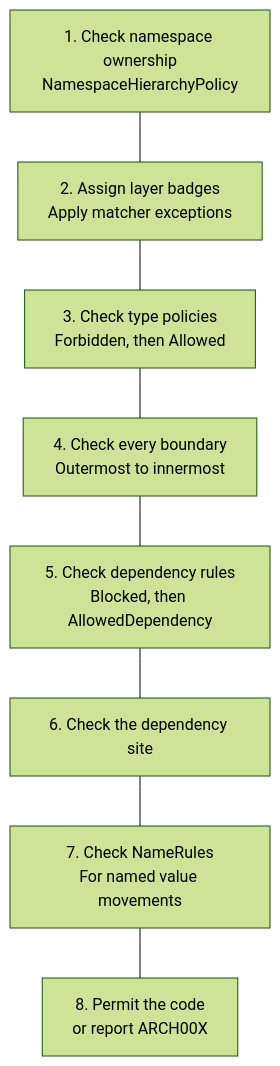
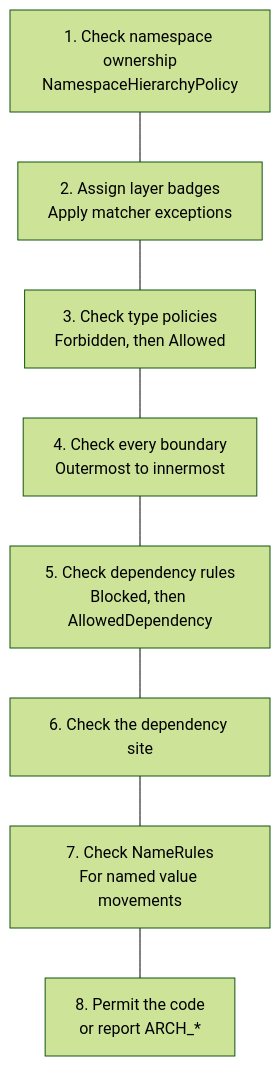
The diagram in docs/configuration/mental-model.md (RonSijm/RonSijm.AnaalIJzer), drawn with Mermaid (forest theme) before and after one commit. The commit also changed other lines of this file and 1190 other files, not shown here.

````diff
--- a/docs/configuration/mental-model.md
+++ b/docs/configuration/mental-model.md
@@ -81,19 +97,19 @@
 ```mermaid
 flowchart TD
     NamespaceOwnership["1. Check namespace ownership<br/>NamespaceHierarchyPolicy"]
     Classify["2. Assign layer badges<br/>Apply matcher exceptions"]
     TypePolicy["3. Check type policies<br/>Forbidden, then Allowed"]
     Boundaries["4. Check every boundary<br/>Outermost to innermost"]
     Edges["5. Check dependency rules<br/>Blocked, then AllowedDependency"]
     Sites["6. Check the dependency site"]
     Names["7. Check NameRules<br/>For named value movements"]
-    Result["8. Permit the code<br/>or report ARCH00X"]
+    Result["8. Permit the code<br/>or report ARCH_*"]
 
     NamespaceOwnership --- Classify
     Classify --- TypePolicy
     TypePolicy --- Boundaries
     Boundaries --- Edges
     Edges --- Sites
     Sites --- Names
     Names --- Result
 ```
````
